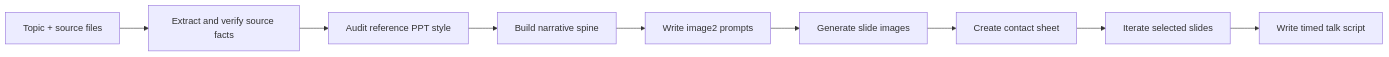
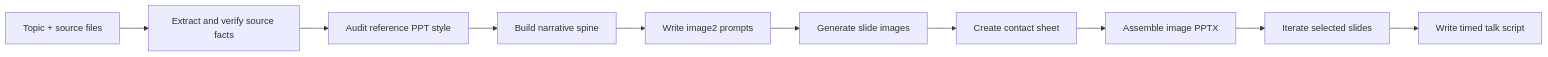
One commit to uuoov/ppt-image-share-builder changed the diagram in README.md. Above: the diagram before and after it, drawn with Mermaid. The commit also changed other lines of this file and 4 other files, not shown here.

````diff
--- a/README.md
+++ b/README.md
@@ -28,11 +42,12 @@
 ```mermaid
 flowchart LR
   A["Topic + source files"] --> B["Extract and verify source facts"]
   B --> C["Audit reference PPT style"]
   C --> D["Build narrative spine"]
   D --> E["Write image2 prompts"]
   E --> F["Generate slide images"]
   F --> G["Create contact sheet"]
-  G --> H["Iterate selected slides"]
-  H --> I["Write timed talk script"]
+  G --> H["Assemble image PPTX"]
+  H --> I["Iterate selected slides"]
+  I --> J["Write timed talk script"]
 ```
````
